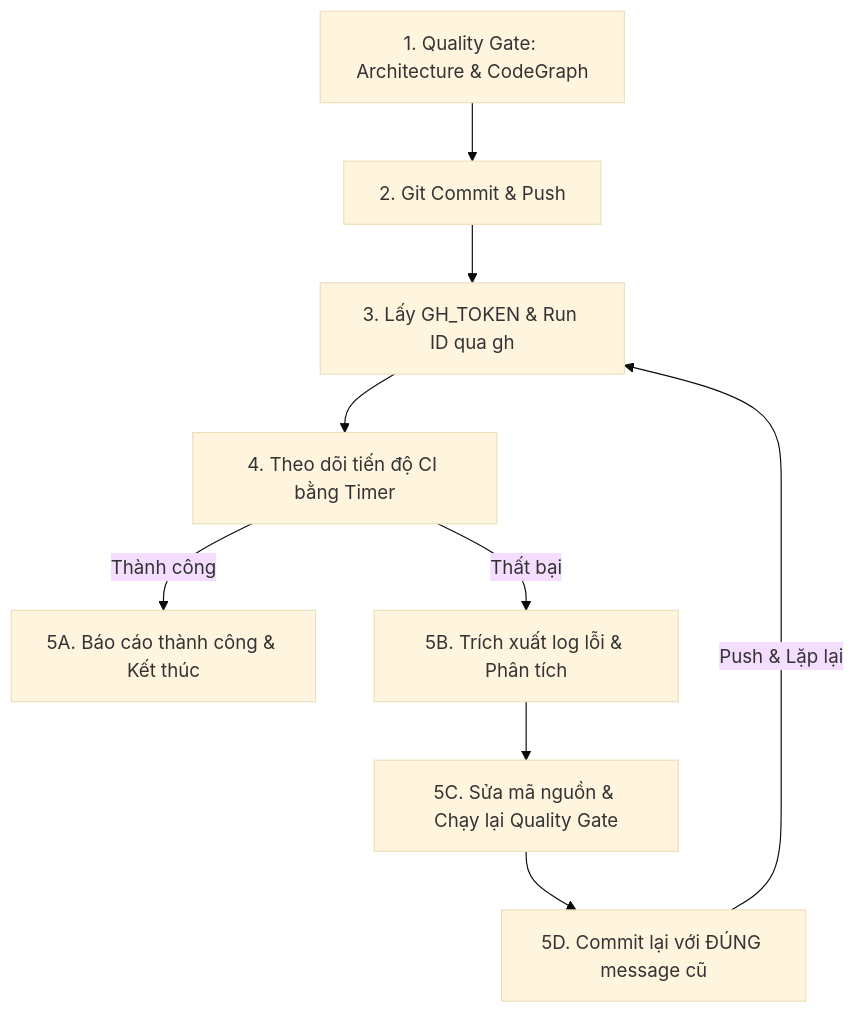
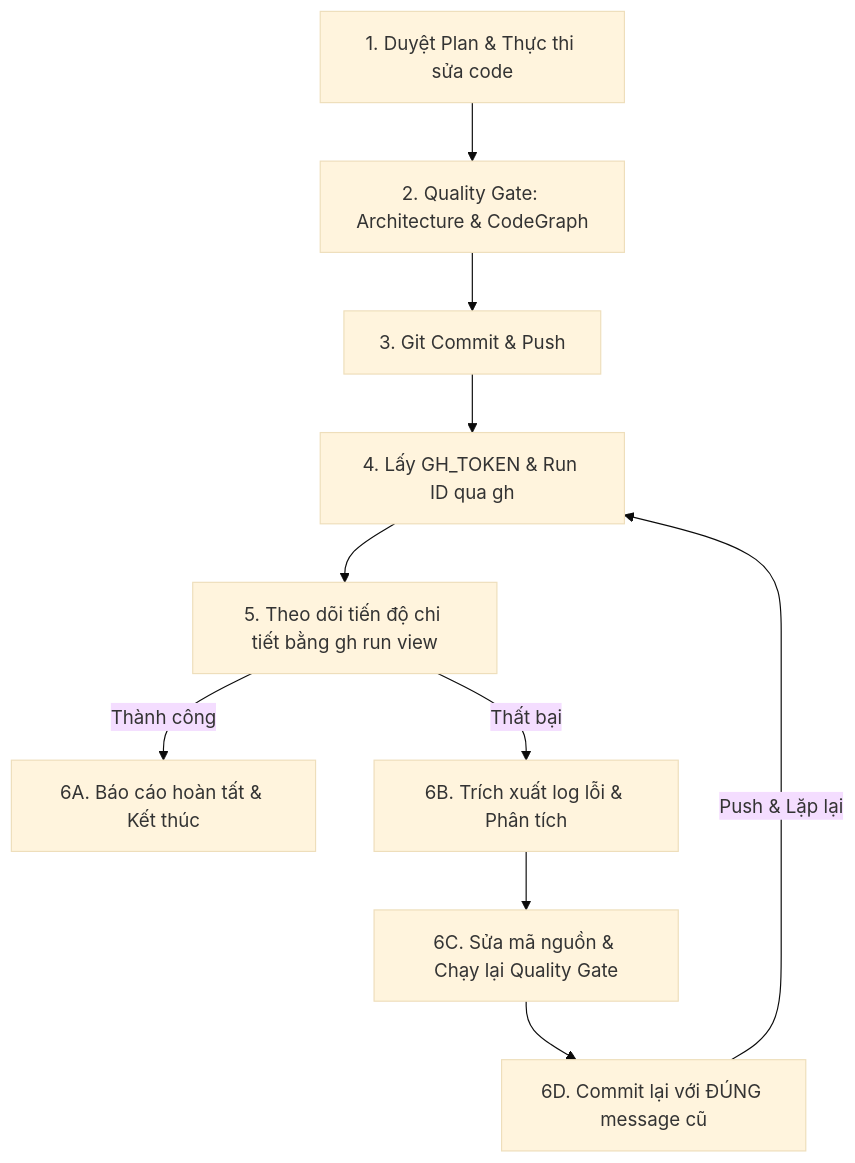
The diagram in .agents/skills/push-ci-monitor/SKILL.md (buudvh/FreeBook), drawn with Mermaid (base theme) before and after one commit. The commit also changed other lines of this file and 8 other files, not shown here.

````diff
--- a/.agents/skills/push-ci-monitor/SKILL.md
+++ b/.agents/skills/push-ci-monitor/SKILL.md
@@ -23,11 +23,12 @@
 ```mermaid
 graph TD
-    1[1. Quality Gate: Architecture & CodeGraph] --> 2[2. Git Commit & Push]
-    2 --> 3[3. Lấy GH_TOKEN & Run ID qua gh]
-    3 --> 4[4. Theo dõi tiến độ CI bằng Timer]
-    4 -->|Thành công| 5A[5A. Báo cáo thành công & Kết thúc]
-    4 -->|Thất bại| 5B[5B. Trích xuất log lỗi & Phân tích]
-    5B --> 5C[5C. Sửa mã nguồn & Chạy lại Quality Gate]
-    5C --> 5D[5D. Commit lại với ĐÚNG message cũ]
-    5D -->|Push & Lặp lại| 3
+    1[1. Duyệt Plan & Thực thi sửa code] --> 2[2. Quality Gate: Architecture & CodeGraph]
+    2 --> 3[3. Git Commit & Push]
+    3 --> 4[4. Lấy GH_TOKEN & Run ID qua gh]
+    4 --> 5[5. Theo dõi tiến độ chi tiết bằng gh run view]
+    5 -->|Thành công| 6A[6A. Báo cáo hoàn tất & Kết thúc]
+    5 -->|Thất bại| 6B[6B. Trích xuất log lỗi & Phân tích]
+    6B --> 6C[6C. Sửa mã nguồn & Chạy lại Quality Gate]
+    6C --> 6D[6D. Commit lại với ĐÚNG message cũ]
+    6D -->|Push & Lặp lại| 4
 ```
````
